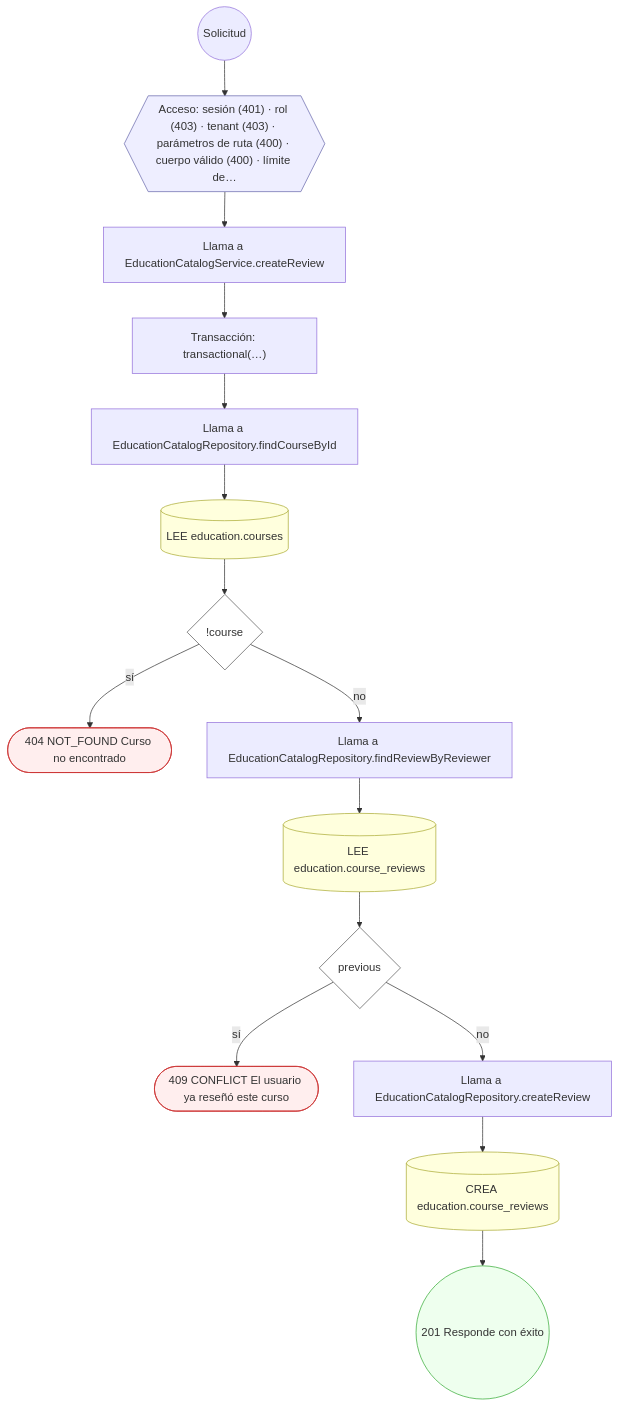
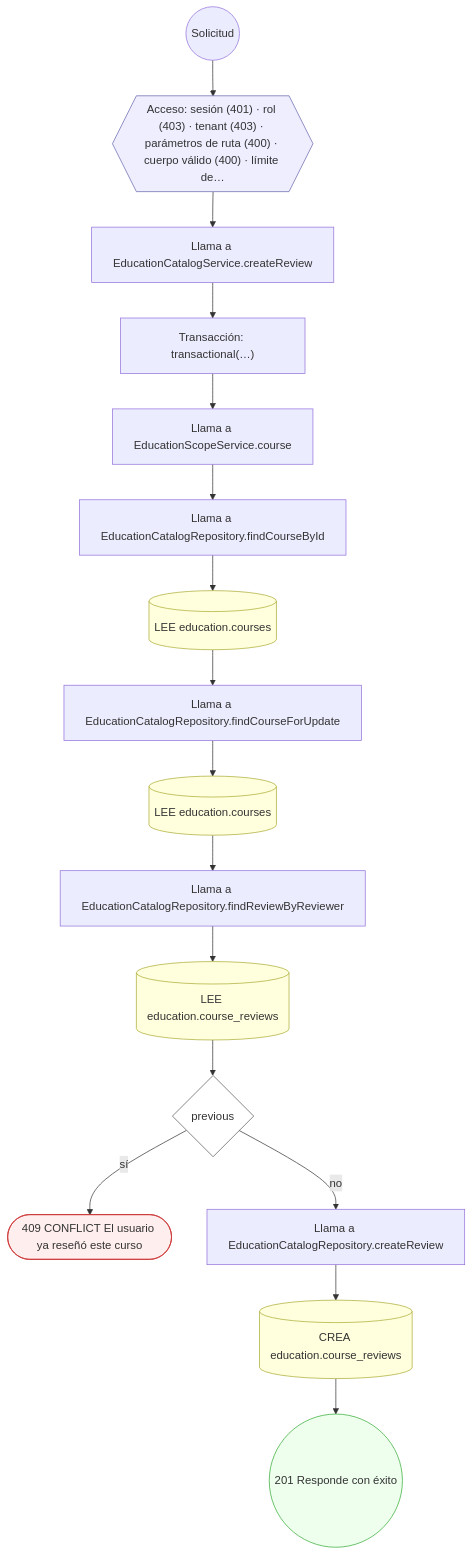
The ninth of 15 diagrams in docs/inventario/flujos/education.md (mdavila-2001/mantra-core-health-api), drawn with Mermaid before and after one commit. The commit also changed other lines of this file and 438 other files, not shown here.

````diff
--- a/docs/inventario/flujos/education.md
+++ b/docs/inventario/flujos/education.md
@@ -696,38 +808,40 @@
 ```mermaid
 flowchart TD
   n1(("Solicitud")):::inicio
   n2{{"Acceso: sesión (401) · rol (403) · tenant (403) · parámetros de ruta (400) · cuerpo válido (400) · límite de…"}}:::acceso
   n1 --> n2
   n3["Llama a EducationCatalogService.createReview"]:::llamada
   n2 --> n3
   n4["Transacción: transactional(…)"]:::transaccion
   n3 --> n4
-  n5["Llama a EducationCatalogRepository.findCourseById"]:::llamada
+  n5["Llama a EducationScopeService.course"]:::llamada
   n4 --> n5
-  n6[("LEE education.courses")]:::efecto
+  n6["Llama a EducationCatalogRepository.findCourseById"]:::llamada
   n5 --> n6
-  n7{"!course"}:::decision
+  n7[("LEE education.courses")]:::efecto
   n6 --> n7
-  n8(["404 NOT_FOUND Curso no encontrado"]):::error
-  n7 -->|"sí"| n8
-  n9["Llama a EducationCatalogRepository.findReviewByReviewer"]:::llamada
-  n7 -->|"no"| n9
-  n10[("LEE education.course_reviews")]:::efecto
+  n8["Llama a EducationCatalogRepository.findCourseForUpdate"]:::llamada
+  n7 --> n8
+  n9[("LEE education.courses")]:::efecto
+  n8 --> n9
+  n10["Llama a EducationCatalogRepository.findReviewByReviewer"]:::llamada
   n9 --> n10
-  n11{"previous"}:::decision
+  n11[("LEE education.course_reviews")]:::efecto
   n10 --> n11
-  n12(["409 CONFLICT El usuario ya reseñó este curso"]):::error
-  n11 -->|"sí"| n12
-  n13["Llama a EducationCatalogRepository.createReview"]:::llamada
-  n11 -->|"no"| n13
-  n14[("CREA education.course_reviews")]:::efecto
-  n13 --> n14
-  n15(("201 Responde con éxito")):::ok
+  n12{"previous"}:::decision
+  n11 --> n12
+  n13(["409 CONFLICT El usuario ya reseñó este curso"]):::error
+  n12 -->|"sí"| n13
+  n14["Llama a EducationCatalogRepository.createReview"]:::llamada
+  n12 -->|"no"| n14
+  n15[("CREA education.course_reviews")]:::efecto
   n14 --> n15
+  n16(("201 Responde con éxito")):::ok
+  n15 --> n16
   classDef acceso fill:#eef,stroke:#66a
   classDef error fill:#fee,stroke:#c33
   classDef ok fill:#efe,stroke:#3a3
   classDef efecto fill:#ffd,stroke:#aa3
   classDef decision fill:#fff,stroke:#555
   classDef corte fill:#eee,stroke:#999,stroke-dasharray: 4
 ```
````
